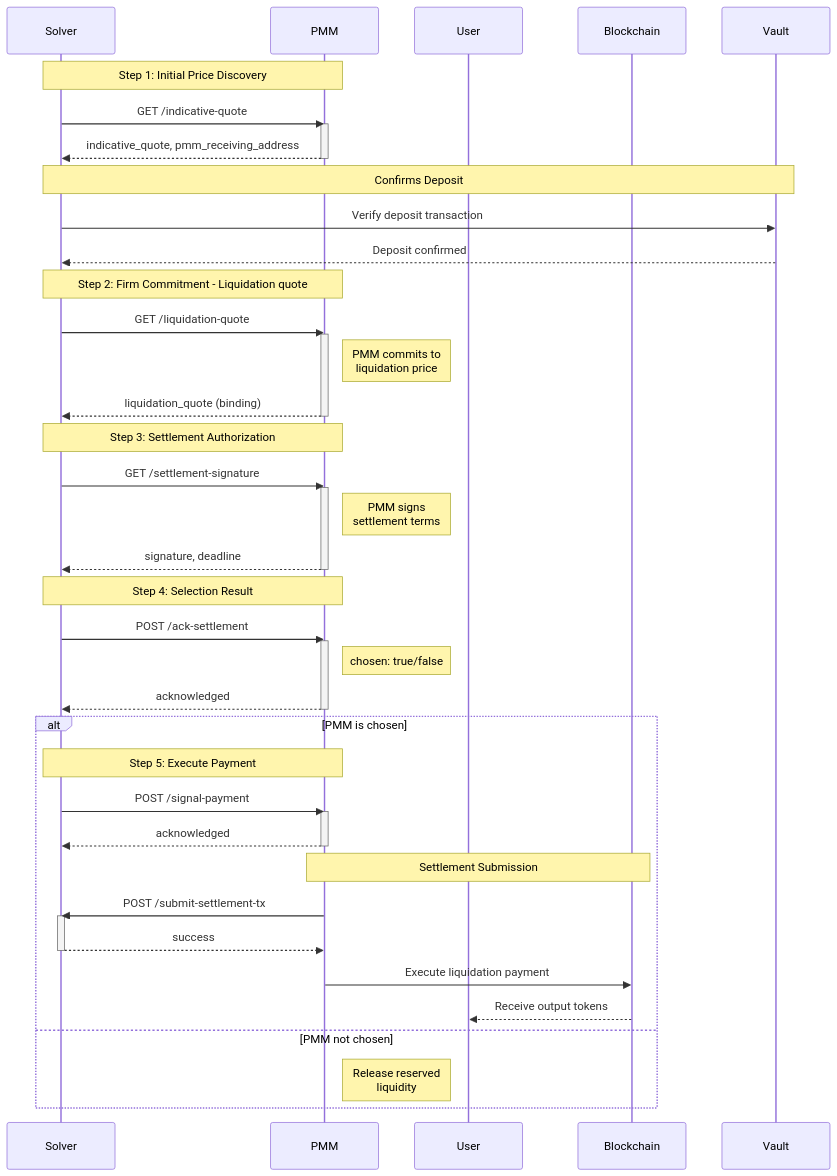
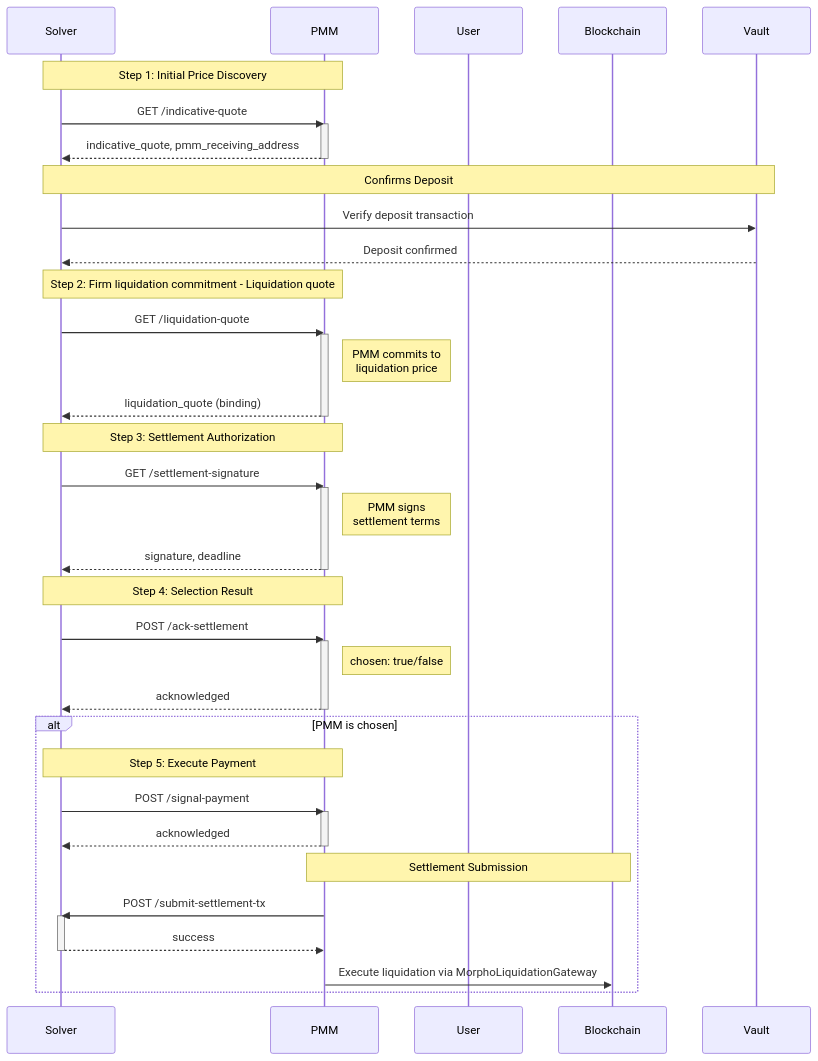
The diagram in docs/liquidation.md (optimex-xyz/market-maker-sdk), drawn with Mermaid before and after one commit. The commit also changed other lines of this file, not shown here.

Commit message:
Update flow text

````diff
--- a/docs/liquidation.md
+++ b/docs/liquidation.md
@@ -15,57 +15,54 @@
 ```mermaid
 sequenceDiagram
     participant Solver
     participant PMM
     participant User
     participant Blockchain
 
     Note over Solver,PMM: Step 1: Initial Price Discovery
     Solver->>PMM: GET /indicative-quote
     activate PMM
     PMM-->>Solver: indicative_quote, pmm_receiving_address
     deactivate PMM
 
     Note over Solver,Vault: Confirms Deposit
     Solver->>Vault: Verify deposit transaction
     Vault-->>Solver: Deposit confirmed
 
-    Note over Solver,PMM: Step 2: Firm Commitment - Liquidation quote
+    Note over Solver,PMM: Step 2: Firm liquidation commitment - Liquidation quote
     Solver->>PMM: GET /liquidation-quote
     activate PMM
     Note right of PMM: PMM commits to<br/>liquidation price
     PMM-->>Solver: liquidation_quote (binding)
     deactivate PMM
 
     Note over Solver,PMM: Step 3: Settlement Authorization
     Solver->>PMM: GET /settlement-signature
     activate PMM
     Note right of PMM: PMM signs<br/>settlement terms
     PMM-->>Solver: signature, deadline
     deactivate PMM
 
     Note over Solver,PMM: Step 4: Selection Result
     Solver->>PMM: POST /ack-settlement
     activate PMM
     Note right of PMM: chosen: true/false
     PMM-->>Solver: acknowledged
     deactivate PMM
 
     alt PMM is chosen
         Note over Solver,PMM: Step 5: Execute Payment
         Solver->>PMM: POST /signal-payment
         activate PMM
         PMM-->>Solver: acknowledged
         deactivate PMM
 
         Note over PMM,Blockchain: Settlement Submission
         PMM->>Solver: POST /submit-settlement-tx
         activate Solver
         Solver-->>PMM: success
         deactivate Solver
 
-        PMM->>Blockchain: Execute liquidation payment
-        Blockchain-->>User: Receive output tokens
-    else PMM not chosen
-        Note right of PMM: Release reserved<br/>liquidity
+        PMM->>Blockchain: Execute liquidation via MorphoLiquidationGateway            
     end
 ```
````
